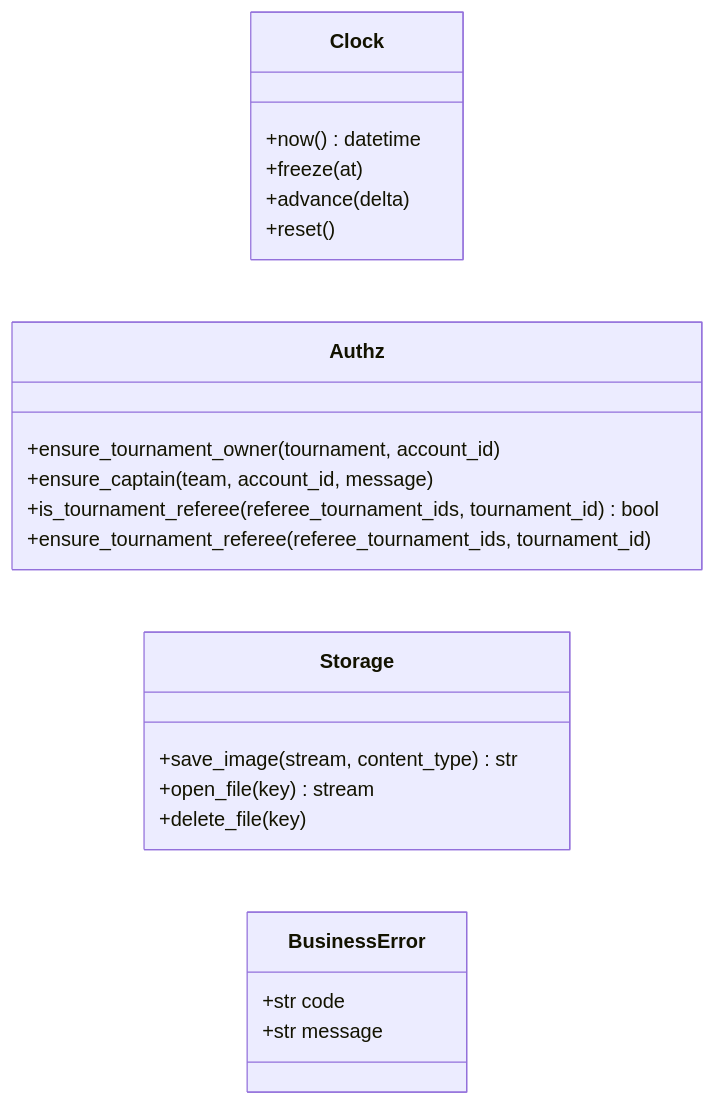
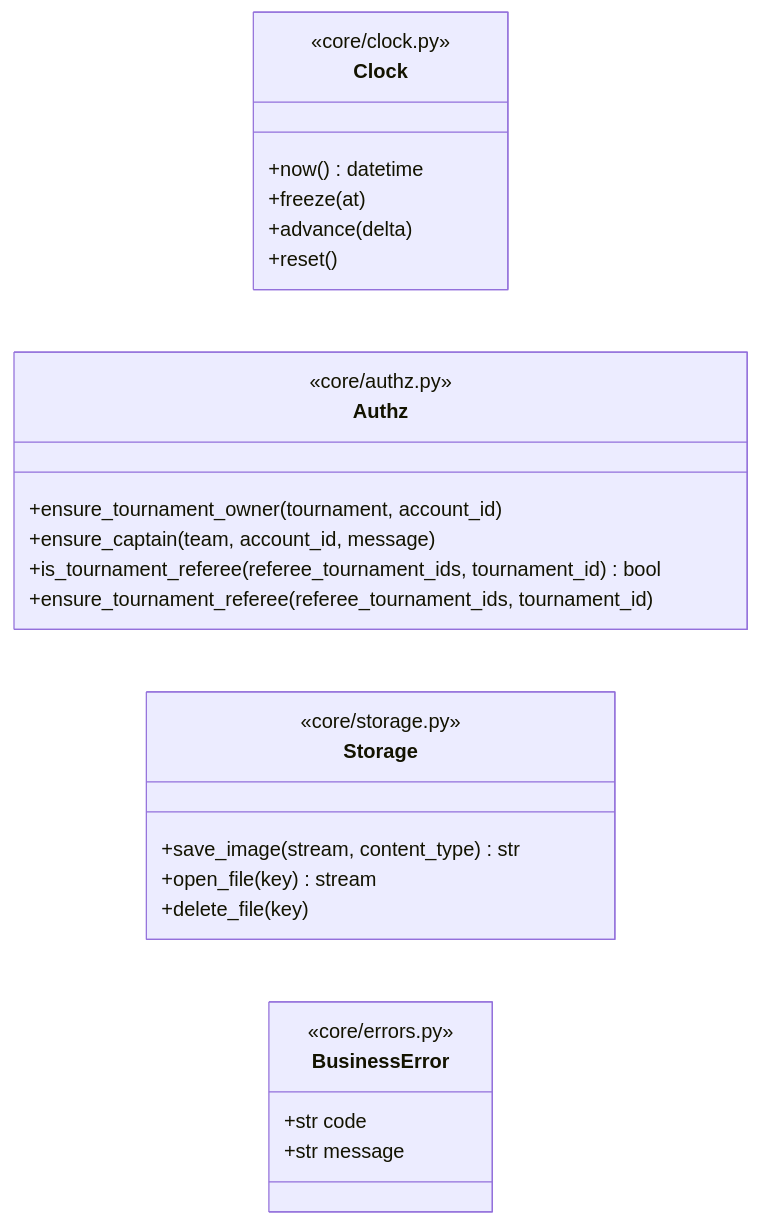
Before and after one commit to Team14good/esport-platform: the third of 15 diagrams in docs/midterm/D-物件設計文件.md, drawn with Mermaid. The commit also changed other lines of this file and 27 other files, not shown here.

First line of the commit message:
docs: B、C、D 其餘的圖全部對照程式標註 (#92)

````diff
--- a/docs/midterm/D-物件設計文件.md
+++ b/docs/midterm/D-物件設計文件.md
@@ -115,25 +122,29 @@
 ```mermaid
 classDiagram
   direction LR
   class Clock {
+    <<core/clock.py>>
     +now() datetime
     +freeze(at)
     +advance(delta)
     +reset()
   }
   class Authz {
+    <<core/authz.py>>
     +ensure_tournament_owner(tournament, account_id)
     +ensure_captain(team, account_id, message)
     +is_tournament_referee(referee_tournament_ids, tournament_id) bool
     +ensure_tournament_referee(referee_tournament_ids, tournament_id)
   }
   class Storage {
+    <<core/storage.py>>
     +save_image(stream, content_type) str
     +open_file(key) stream
     +delete_file(key)
   }
   class BusinessError {
+    <<core/errors.py>>
     +str code
     +str message
   }
 ```
````
